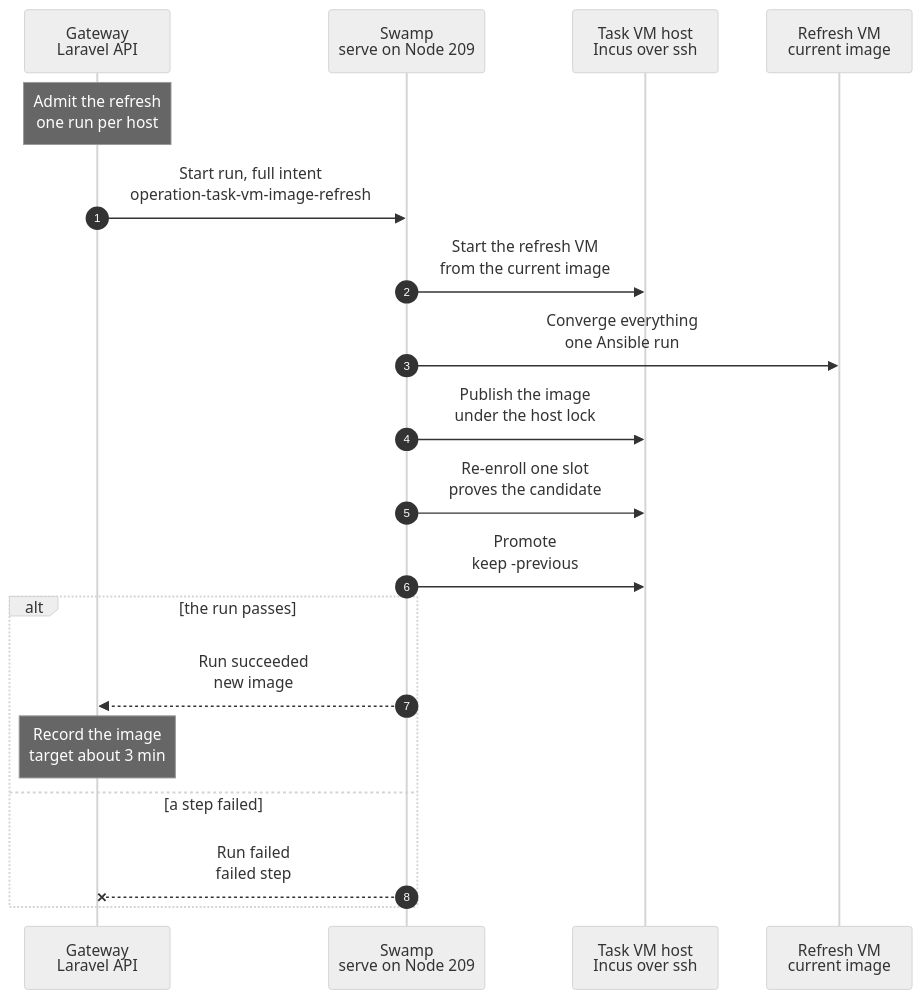
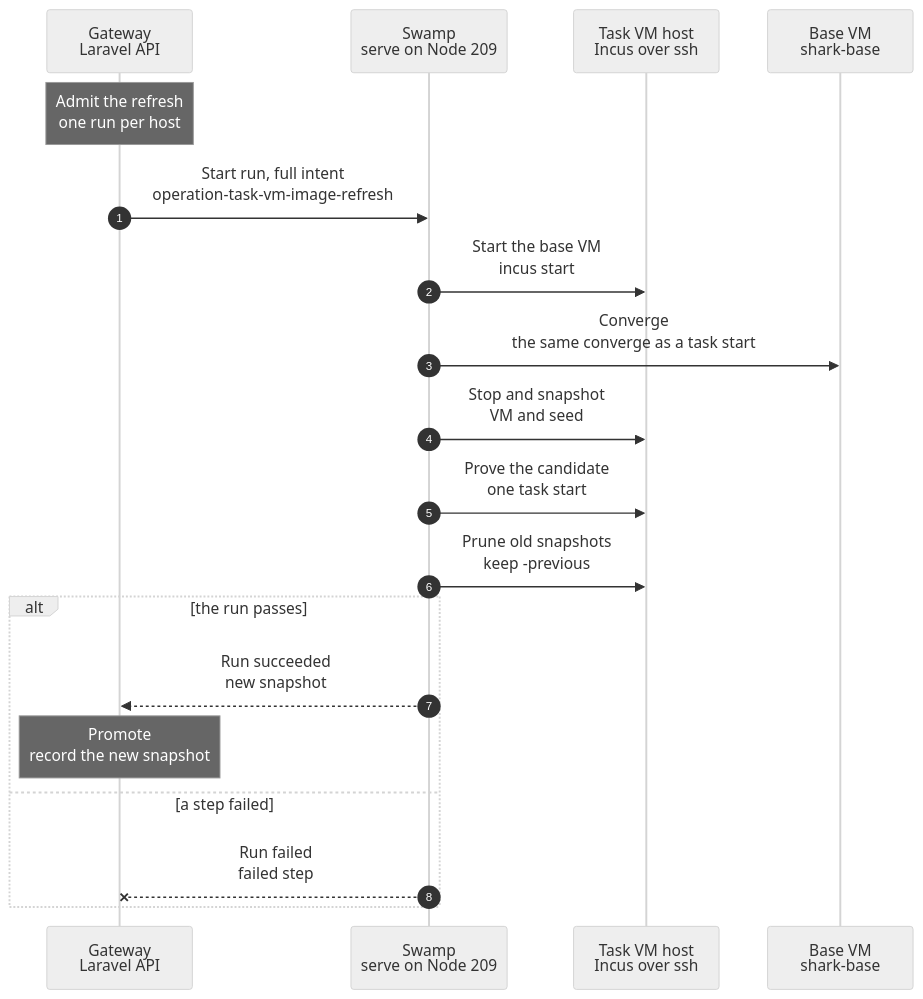
Before and after one commit to hardimpactdev/orbit: the diagram in docs/cli/tasks/vm-image-refresh.mmd, drawn with Mermaid (neutral theme). The commit also changed 88 other files, not shown here.

First line of the commit message:
Task start copies the base VM snapshot with a slot identity

```diff
--- a/docs/cli/tasks/vm-image-refresh.mmd
+++ b/docs/cli/tasks/vm-image-refresh.mmd
@@ -1,46 +1,44 @@
 sequenceDiagram
-  %% Target design (Nick approved 2026-11-07): one VM bakes the next image and seed; idle slots then re-enroll from it with their fixed identities. Replaces the full task VM provision, Save the ready copies, the builder VM, the smoke VM and the check VM.
-  %% status: reviewed
+  %% Target design (agreed with Nick, 2026-11-07): each task VM host keeps one stopped base VM, `shark-base`, that never gets an identity. Its ZFS snapshot is the base a task start copies; there is no Incus image and no publish. After a release, and daily, the base VM converges and a new snapshot becomes the base, so a task start's converge stays near a no-op.
+  %% status: draft
   %% command: none · after a release, and daily
   %% kind: task_vm.image_refresh
   autonumber
   %% lane GW icon=gateway pill=intent tone=blue
   %% lane SW icon=workflow pill=executes tone=green
   %% lane H icon=server pill=target tone=amber
-  %% lane VM icon=server pill=refresh VM tone=purple
+  %% lane VM icon=server pill=base VM tone=purple
   participant GW as Gateway<br/>Laravel API
   participant SW as Swamp<br/>serve on Node 209
   participant H as Task VM host<br/>Incus over ssh
-  participant VM as Refresh VM<br/>current image
+  participant VM as Base VM<br/>shark-base
   Note over GW: Admit the refresh<br/>one run per host
-  %%> Started by:
-  %%> - the release projection, when the release changed playbooks, pins or lock files; a daily schedule
-  %%> Result:
-  %%> - the intent holds the release commit, the current image and the host; a second admission returns the open run
   GW->>SW: Start run, full intent<br/>operation-task-vm-image-refresh
-  SW->>H: Start the refresh VM<br/>from the current image
-  SW->>VM: Converge everything<br/>one Ansible run
+  SW->>H: Start the base VM<br/>incus start
   %%> What it does:
-  %%> - outer VM: packages, tools, Swamp, orbit-agent, the Pi server, sshd and UFW at the release's pins
-  %%> - the warm checkout: main at the release commit, with `vendor/` and `node_modules/`
-  %%> - each container: its role phases, the checkout device, migrations, services running; cloud-init off
-  %%> - then a new `base` snapshot of each container
-  SW->>H: Publish the image<br/>under the host lock
+  %%> - starts the stopped base VM; about 10 s to its guest agent; its containers start with it
+  %%> - a host without a base VM gets one once, from its recipe image and seed (`task_vm.image_build`)
+  SW->>VM: Converge<br/>the same converge as a task start
   %%> What it does:
-  %%> - stops the refresh VM, publishes it as the candidate image and snapshots its container disk as the candidate's seed; the refresh VM is deleted
-  SW->>H: Re-enroll one slot<br/>proves the candidate
+  %%> - each part runs only when its digest changed: the outer VM, the warm checkout at the release commit, each container
+  %%> - no wait for the nested Gateway and no identity wipe: the base VM never gets an identity, and readiness belongs to a task start
+  SW->>H: Stop and snapshot<br/>VM and seed
   %%> What it does:
-  %%> - rebuilds the first idle slot from the candidate with its fixed identity (`task_vm.slot_enrol`), takes its `clean` snapshot, then runs the claim's ready check
-  %%> Why: this replaces the smoke VM and the check VM; it proves exactly what a claim gets
-  SW->>H: Promote<br/>keep -previous
+  %%> - stops the base VM and snapshots it and its seed volume under the run's name; ZFS snapshots, about 1 s
+  SW->>H: Prove the candidate<br/>one task start
   %%> What it does:
-  %%> - the alias moves to the candidate, the old image keeps `-previous` for rollback, and older images are removed
-  %%> - the other idle slots re-enroll one at a time; a claimed slot re-enrolls when it is released
+  %%> - steps 2 to 4 of a task start from the new snapshot with a free slot identity, then its release
+  SW->>H: Prune old snapshots<br/>keep -previous
+  %%> What it does:
+  %%> - keeps the new snapshot and the one before it; removes older ones of the VM and the seed
   alt the run passes
-    SW-->>GW: Run succeeded<br/>new image
-    Note over GW: Record the image<br/>target about 3 min
+    SW-->>GW: Run succeeded<br/>new snapshot
+    Note over GW: Promote<br/>record the new snapshot
+    %%> Result:
+    %%> - task starts copy the new snapshot; the one before it is `-previous`
+    %%> - target: about 25 s for a no-op refresh before the proof (boot 10 s, converge 8 s, stop 5 s, snapshot 1 s)
   else a step failed
     SW--xGW: Run failed<br/>failed step
     %%> On failure:
-    %%> - the host keeps its image; the refresh VM and the candidate are removed, and the slot re-enrolls from the current image
+    %%> - the base VM is stopped and rolled back to the recorded snapshot, and a new snapshot is removed; task starts keep the recorded one
   end
```
